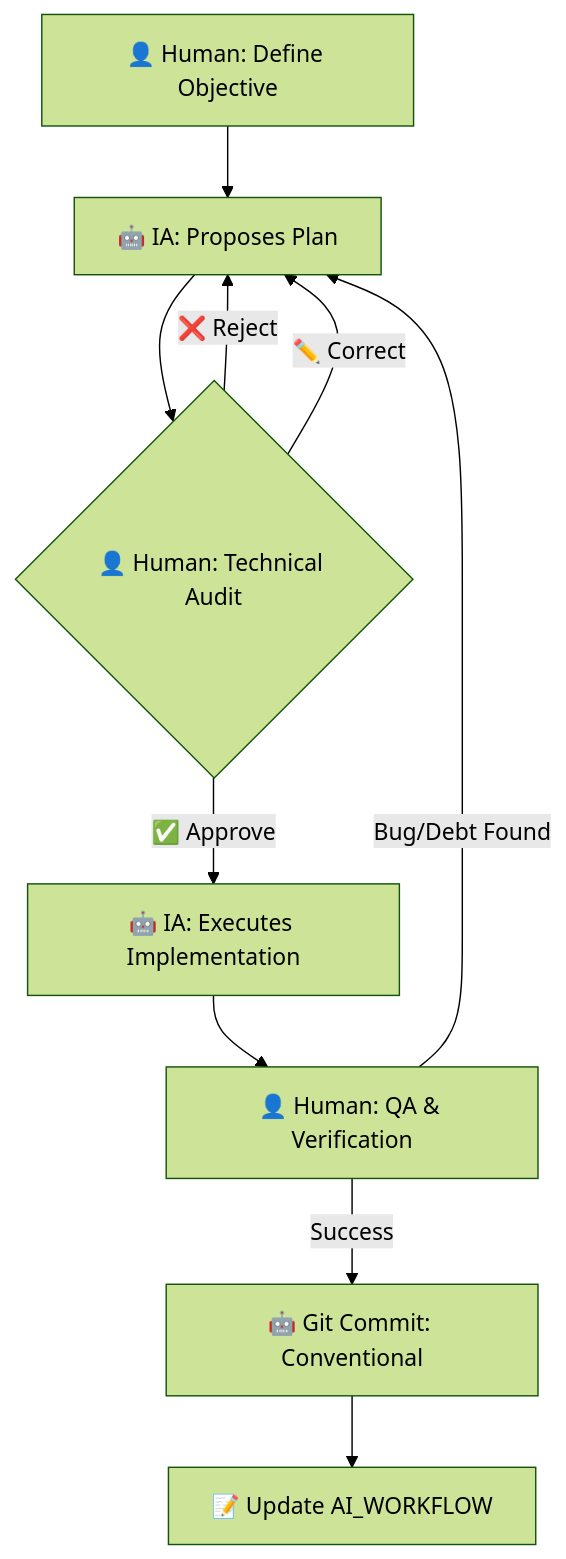
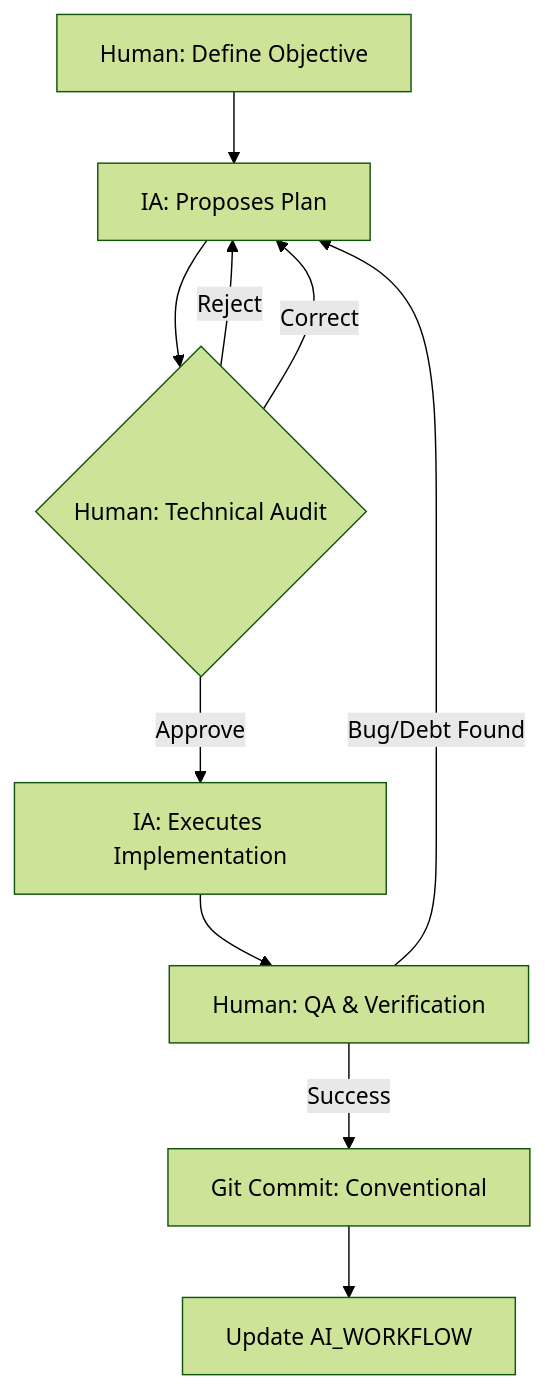
One commit to jhorman10/IA_P1_Fork changed the diagram in AI_WORKFLOW.md. Above: the diagram before and after it, drawn with Mermaid (forest theme). The commit also changed other lines of this file and 71 other files, not shown here.

````diff
--- a/AI_WORKFLOW.md
+++ b/AI_WORKFLOW.md
@@ -102,12 +102,12 @@
 ```mermaid
 graph TD
-    A[👤 Human: Define Objective] --> B[🤖 IA: Proposes Plan]
-    B --> C{👤 Human: Technical Audit}
-    C -- ❌ Reject --> B
-    C -- ✏️ Correct --> B
-    C -- ✅ Approve --> D[🤖 IA: Executes Implementation]
-    D --> E[👤 Human: QA & Verification]
+    A[Human: Define Objective] --> B[IA: Proposes Plan]
+    B --> C{Human: Technical Audit}
+    C -- Reject --> B
+    C -- Correct --> B
+    C -- Approve --> D[IA: Executes Implementation]
+    D --> E[Human: QA & Verification]
     E -- Bug/Debt Found --> B
-    E -- Success --> F[🤖 Git Commit: Conventional]
-    F --> G[📝 Update AI_WORKFLOW]
+    E -- Success --> F[Git Commit: Conventional]
+    F --> G[Update AI_WORKFLOW]
 ```
````
